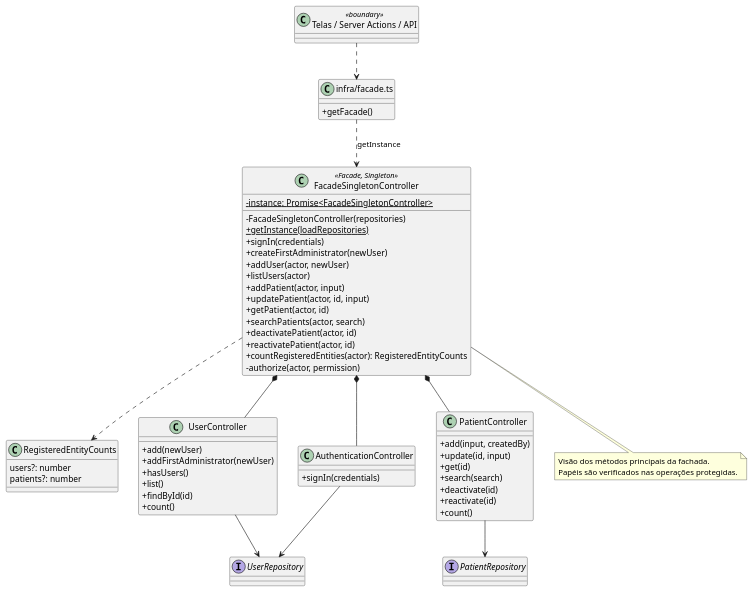
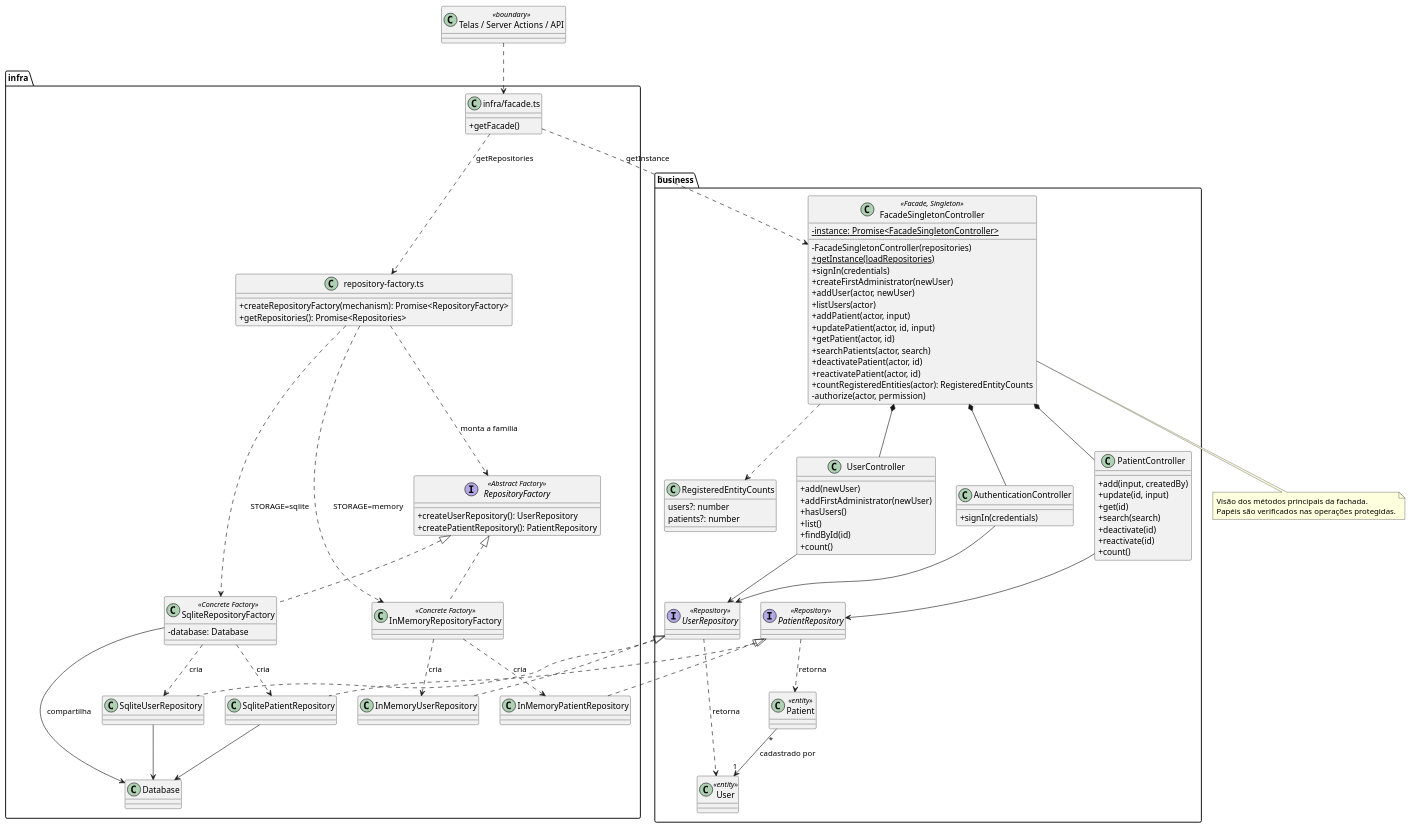
Before and after one commit to beatrizmontenegro07/projeto-metodos: the diagram in docs/relatorio/codigos/classes-de-projeto.puml, drawn with PlantUML. The commit also changed 14 other files, not shown here.

Commit message:
refactor: introduce abstract factory for user and patient repositories

```diff
--- a/docs/relatorio/codigos/classes-de-projeto.puml
+++ b/docs/relatorio/codigos/classes-de-projeto.puml
@@ -1,65 +1,108 @@
 @startuml classes-de-projeto
 skinparam classAttributeIconSize 0
 skinparam shadowing false
 top to bottom direction
 class "Telas / Server Actions / API" as UI <<boundary>>
-class "infra/facade.ts" as Assembly {
-  +getFacade()
-}
+package business {
 class FacadeSingletonController <<Facade, Singleton>> {
   -{static} instance: Promise<FacadeSingletonController>
   -FacadeSingletonController(repositories)
   +{static} getInstance(loadRepositories)
   +signIn(credentials)
   +createFirstAdministrator(newUser)
   +addUser(actor, newUser)
   +listUsers(actor)
   +addPatient(actor, input)
   +updatePatient(actor, id, input)
   +getPatient(actor, id)
   +searchPatients(actor, search)
   +deactivatePatient(actor, id)
   +reactivatePatient(actor, id)
   +countRegisteredEntities(actor): RegisteredEntityCounts
   -authorize(actor, permission)
 }
 class RegisteredEntityCounts {
   users?: number
   patients?: number
 }
 class UserController {
   +add(newUser)
   +addFirstAdministrator(newUser)
   +hasUsers()
   +list()
   +findById(id)
   +count()
 }
 class AuthenticationController {
   +signIn(credentials)
 }
 class PatientController {
   +add(input, createdBy)
   +update(id, input)
   +get(id)
   +search(search)
   +deactivate(id)
   +reactivate(id)
   +count()
 }
-interface UserRepository
-interface PatientRepository
+interface UserRepository <<Repository>>
+interface PatientRepository <<Repository>>
+class User <<entity>>
+class Patient <<entity>>
+UserRepository ..> User : retorna
+PatientRepository ..> Patient : retorna
+Patient "*" --> "1" User : cadastrado por
+}
+package infra {
+  class "infra/facade.ts" as Assembly {
+    +getFacade()
+  }
+  interface RepositoryFactory <<Abstract Factory>> {
+    +createUserRepository(): UserRepository
+    +createPatientRepository(): PatientRepository
+  }
+  class InMemoryRepositoryFactory <<Concrete Factory>>
+  class SqliteRepositoryFactory <<Concrete Factory>> {
+    -database: Database
+  }
+  class "repository-factory.ts" as Selection {
+    +createRepositoryFactory(mechanism): Promise<RepositoryFactory>
+    +getRepositories(): Promise<Repositories>
+  }
+  class InMemoryUserRepository
+  class SqliteUserRepository
+  class InMemoryPatientRepository
+  class SqlitePatientRepository
+  class Database
+}
+Assembly ..> Selection : getRepositories
+Selection ..> RepositoryFactory : monta a família
+Selection ..> InMemoryRepositoryFactory : STORAGE=memory
+Selection ..> SqliteRepositoryFactory : STORAGE=sqlite
+RepositoryFactory <|.. InMemoryRepositoryFactory
+RepositoryFactory <|.. SqliteRepositoryFactory
+InMemoryRepositoryFactory ..> InMemoryUserRepository : cria
+InMemoryRepositoryFactory ..> InMemoryPatientRepository : cria
+SqliteRepositoryFactory ..> SqliteUserRepository : cria
+SqliteRepositoryFactory ..> SqlitePatientRepository : cria
+SqliteRepositoryFactory --> Database : compartilha
+SqliteUserRepository --> Database
+SqlitePatientRepository --> Database
+UserRepository <|.. InMemoryUserRepository
+UserRepository <|.. SqliteUserRepository
+PatientRepository <|.. InMemoryPatientRepository
+PatientRepository <|.. SqlitePatientRepository
 UI ..> Assembly
 Assembly ..> FacadeSingletonController : getInstance
 FacadeSingletonController *-- UserController
 FacadeSingletonController *-- AuthenticationController
 FacadeSingletonController *-- PatientController
 FacadeSingletonController ..> RegisteredEntityCounts
 UserController --> UserRepository
 AuthenticationController --> UserRepository
 PatientController --> PatientRepository
 note bottom of FacadeSingletonController
 Visão dos métodos principais da fachada.
 Papéis são verificados nas operações protegidas.
 end note
 @enduml
```
